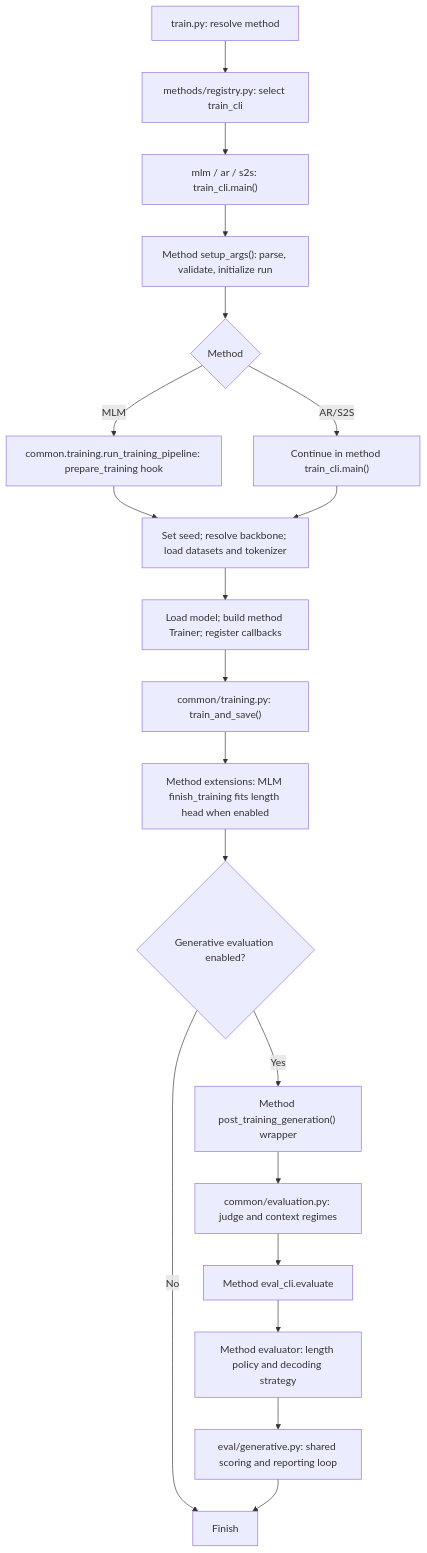
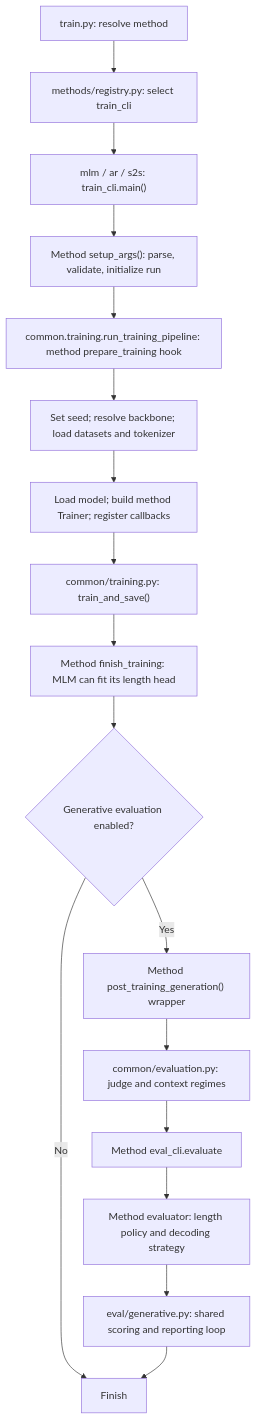
Before and after one commit to PangXH842/CDRSeqGen: the third of 3 diagrams in cdrseqgen/methods/common/README.md, drawn with Mermaid. The commit also changed other lines of this file and 24 other files, not shown here.

````diff
--- a/cdrseqgen/methods/common/README.md
+++ b/cdrseqgen/methods/common/README.md
@@ -131,22 +130,19 @@
 ```mermaid
 flowchart TD
     T["train.py: resolve method"] --> R["methods/registry.py: select train_cli"]
     R --> A["mlm / ar / s2s: train_cli.main()"]
     A --> B["Method setup_args(): parse, validate, initialize run"]
-    B --> O{"Method"}
-    O -->|MLM| M["common.training.run_training_pipeline: prepare_training hook"]
-    O -->|AR/S2S| N["Continue in method train_cli.main()"]
+    B --> M["common.training.run_training_pipeline: method prepare_training hook"]
     M --> C["Set seed; resolve backbone; load datasets and tokenizer"]
-    N --> C
     C --> D["Load model; build method Trainer; register callbacks"]
     D --> E["common/training.py: train_and_save()"]
-    E --> F["Method extensions: MLM finish_training fits length head when enabled"]
+    E --> F["Method finish_training: MLM can fit its length head"]
     F --> G{"Generative evaluation enabled?"}
     G -->|Yes| H["Method post_training_generation() wrapper"]
     H --> I["common/evaluation.py: judge and context regimes"]
     I --> Q["Method eval_cli.evaluate"]
     Q --> J["Method evaluator: length policy and decoding strategy"]
     J --> K["eval/generative.py: shared scoring and reporting loop"]
     G -->|No| Z["Finish"]
     K --> Z
 ```
````
